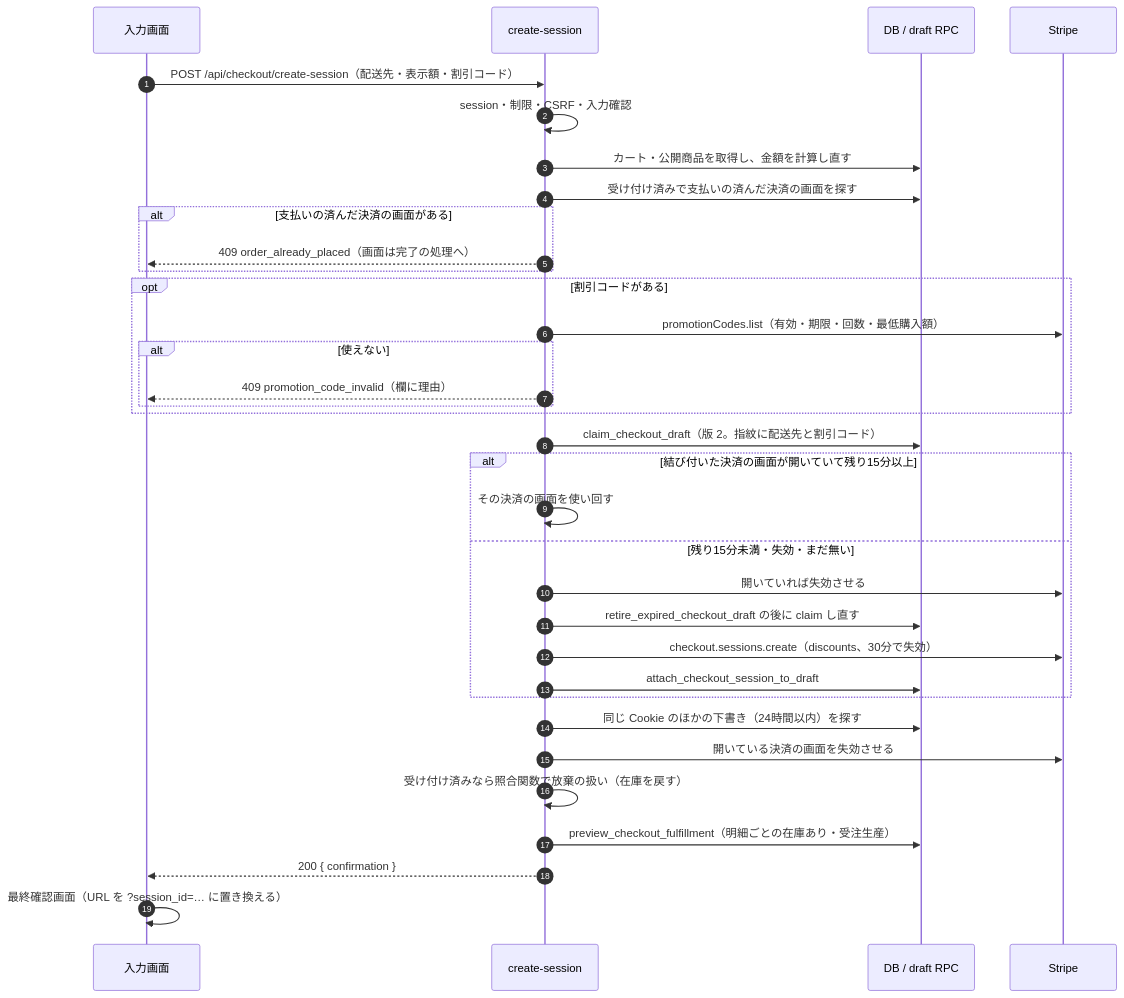
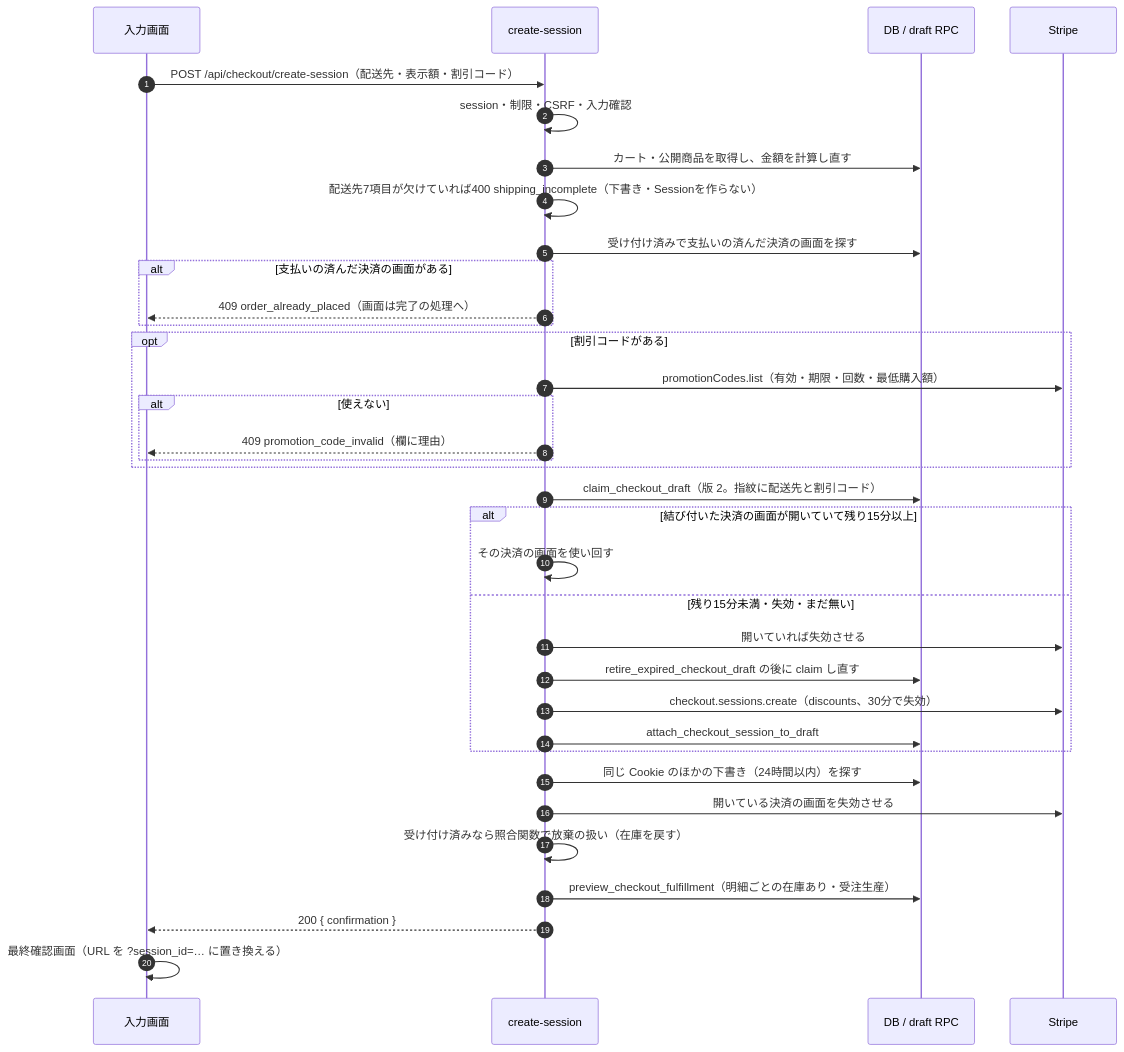
Before and after one commit to ChocoWork/o_official: the first of 5 diagrams in docs/04_DetailDesign/sequence/checkout-payment.md, drawn with Mermaid. The commit also changed other lines of this file and 5 other files, not shown here.

````diff
--- a/docs/04_DetailDesign/sequence/checkout-payment.md
+++ b/docs/04_DetailDesign/sequence/checkout-payment.md
@@ -30,36 +30,37 @@
 ```mermaid
 sequenceDiagram
     autonumber
     participant UI as 入力画面
     participant API as create-session
     participant DB as DB / draft RPC
     participant Stripe as Stripe
     UI->>API: POST /api/checkout/create-session（配送先・表示額・割引コード）
     API->>API: session・制限・CSRF・入力確認
     API->>DB: カート・公開商品を取得し、金額を計算し直す
+    API->>API: 配送先7項目が欠けていれば400 shipping_incomplete（下書き・Sessionを作らない）
     API->>DB: 受け付け済みで支払いの済んだ決済の画面を探す
     alt 支払いの済んだ決済の画面がある
         API-->>UI: 409 order_already_placed（画面は完了の処理へ）
     end
     opt 割引コードがある
         API->>Stripe: promotionCodes.list（有効・期限・回数・最低購入額）
         alt 使えない
             API-->>UI: 409 promotion_code_invalid（欄に理由）
         end
     end
     API->>DB: claim_checkout_draft（版 2。指紋に配送先と割引コード）
     alt 結び付いた決済の画面が開いていて残り15分以上
         API->>API: その決済の画面を使い回す
     else 残り15分未満・失効・まだ無い
         API->>Stripe: 開いていれば失効させる
         API->>DB: retire_expired_checkout_draft の後に claim し直す
         API->>Stripe: checkout.sessions.create（discounts、30分で失効）
         API->>DB: attach_checkout_session_to_draft
     end
     API->>DB: 同じ Cookie のほかの下書き（24時間以内）を探す
     API->>Stripe: 開いている決済の画面を失効させる
     API->>API: 受け付け済みなら照合関数で放棄の扱い（在庫を戻す）
     API->>DB: preview_checkout_fulfillment（明細ごとの在庫あり・受注生産）
     API-->>UI: 200 { confirmation }
     UI->>UI: 最終確認画面（URL を ?session_id=… に置き換える）
 ```
````
